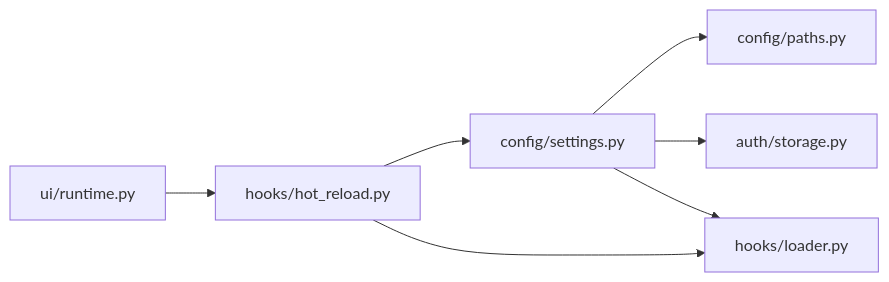
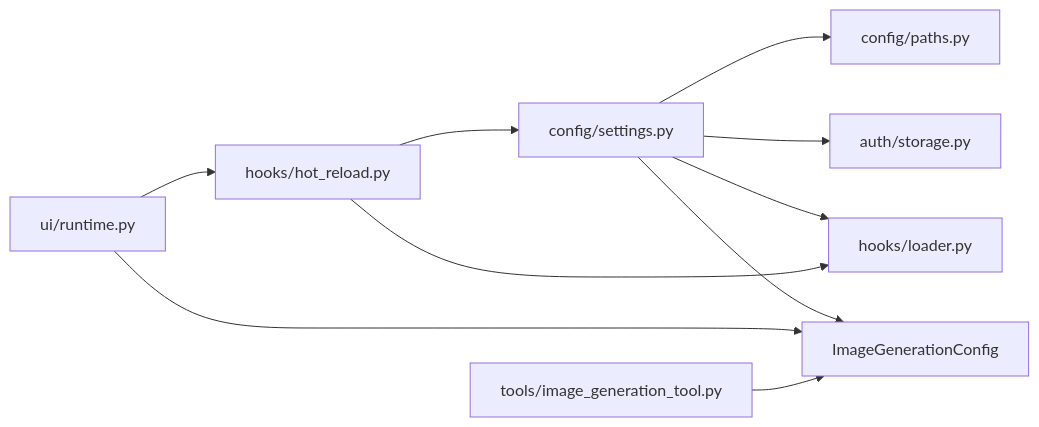
One commit to tea4go/OpenHarness changed the seventh of 8 diagrams in .qoder/repowiki/zh/content/配置管理/配置管理.md. Above: the diagram before and after it, drawn with Mermaid. The commit also changed other lines of this file and 4 other files, not shown here.

First line of the commit message:
docs(ui): 增强UI运行时与图像生成工具支持

````diff
--- a/.qoder/repowiki/zh/content/配置管理/配置管理.md
+++ b/.qoder/repowiki/zh/content/配置管理/配置管理.md
@@ -389,9 +462,12 @@
 ```mermaid
 graph LR
 Settings["config/settings.py"] --> Paths["config/paths.py"]
 Settings --> Storage["auth/storage.py"]
 Settings --> HookLoader["hooks/loader.py"]
+Settings --> ImageGen["ImageGenerationConfig"]
 HotReload["hooks/hot_reload.py"] --> Settings
 HotReload --> HookLoader
 Runtime["ui/runtime.py"] --> HotReload
+Runtime --> ImageGen
+Tool["tools/image_generation_tool.py"] --> ImageGen
 ```
````
